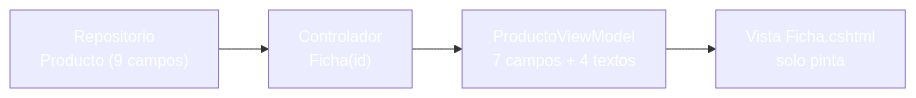
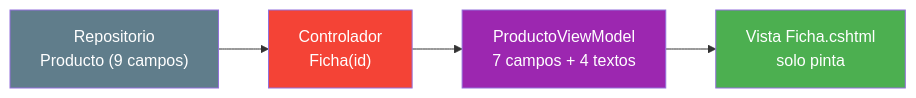
Before and after one commit to joseluisgs/DesarrolloWebEntornosServidor-03-2026-2027: the first of 4 diagrams in 09-mvc-vistas-viewmodels.md, drawn with Mermaid. The commit also changed other lines of this file and 25 other files, not shown here.

Commit message:
docs: corregir los estilos Mermaid de los temas y alinear el dominio del tema 25 con ProductosApp

````diff
--- a/09-mvc-vistas-viewmodels.md
+++ b/09-mvc-vistas-viewmodels.md
@@ -183,10 +183,10 @@
 ```mermaid
 graph LR
     A["Repositorio<br/>Producto (9 campos)"] --> B["Controlador<br/>Ficha(id)"]
     B --> C["ProductoViewModel<br/>7 campos + 4 textos"]
     C --> D["Vista Ficha.cshtml<br/>solo pinta"]
-    style A fill:#607D8,color:#fffB,color:#fff
-    style B fill:#f4433,color:#fff6,color:#fff
-    style C fill:#9C27B,color:#fff0,color:#fff
-    style D fill:#4CAF5,color:#fff0,color:#fff
+    style A fill:#607D8B,color:#fff
+    style B fill:#f44336,color:#fff
+    style C fill:#9C27B0,color:#fff
+    style D fill:#4CAF50,color:#fff
 ```
````
